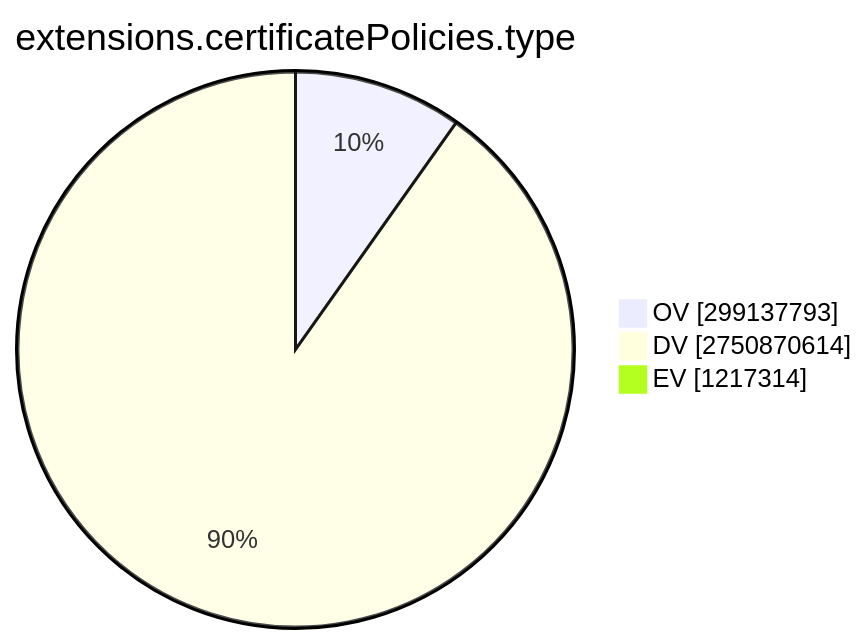
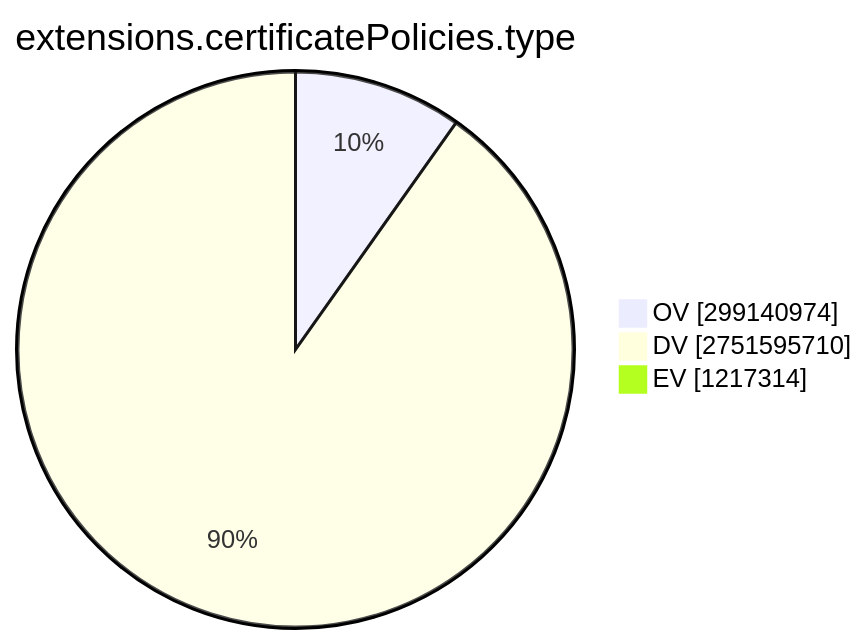
Before and after one commit to christiankrug/ctmonitor_visualization: the ninth of 15 diagrams in TOTAL/README.md, drawn with Mermaid. The commit also changed other lines of this file, not shown here.

````diff
--- a/TOTAL/README.md
+++ b/TOTAL/README.md
@@ -3100,7 +3100,7 @@
 ```mermaid
 pie showData
 title extensions.certificatePolicies.type
-"OV" :299137793
-"DV" :2750870614
+"OV" :299140974
+"DV" :2751595710
 "EV" :1217314
 ```
````
